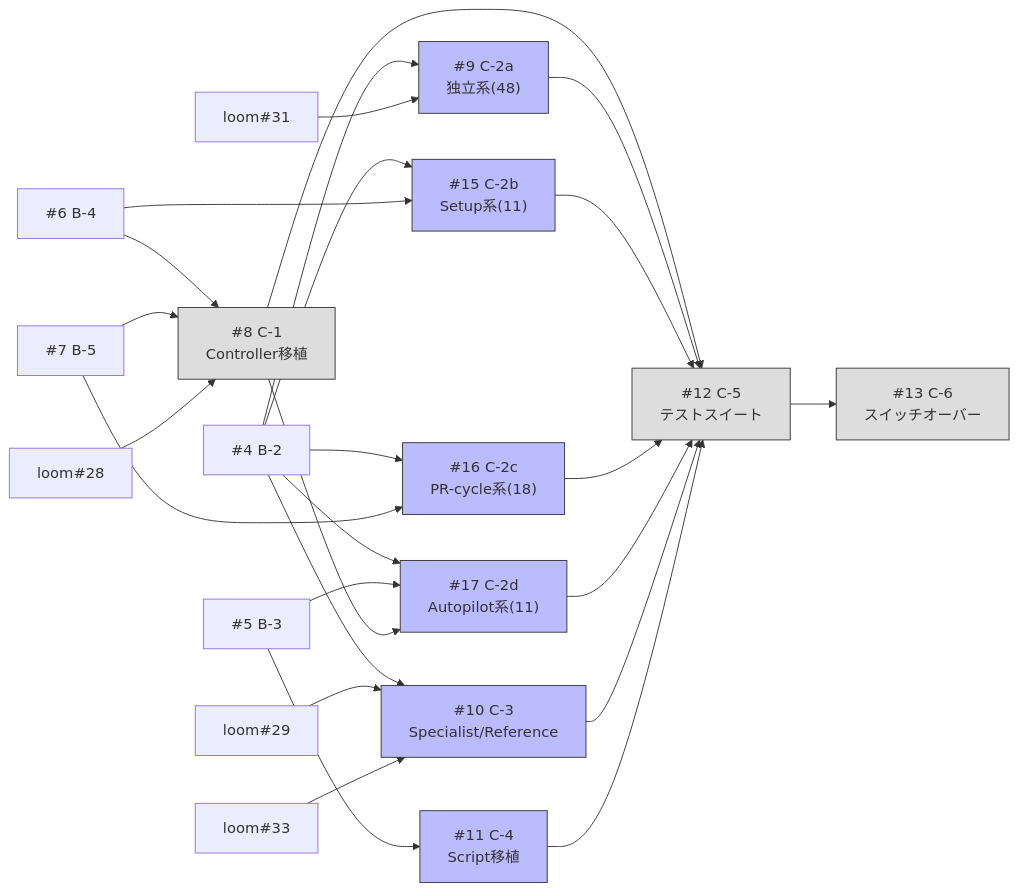
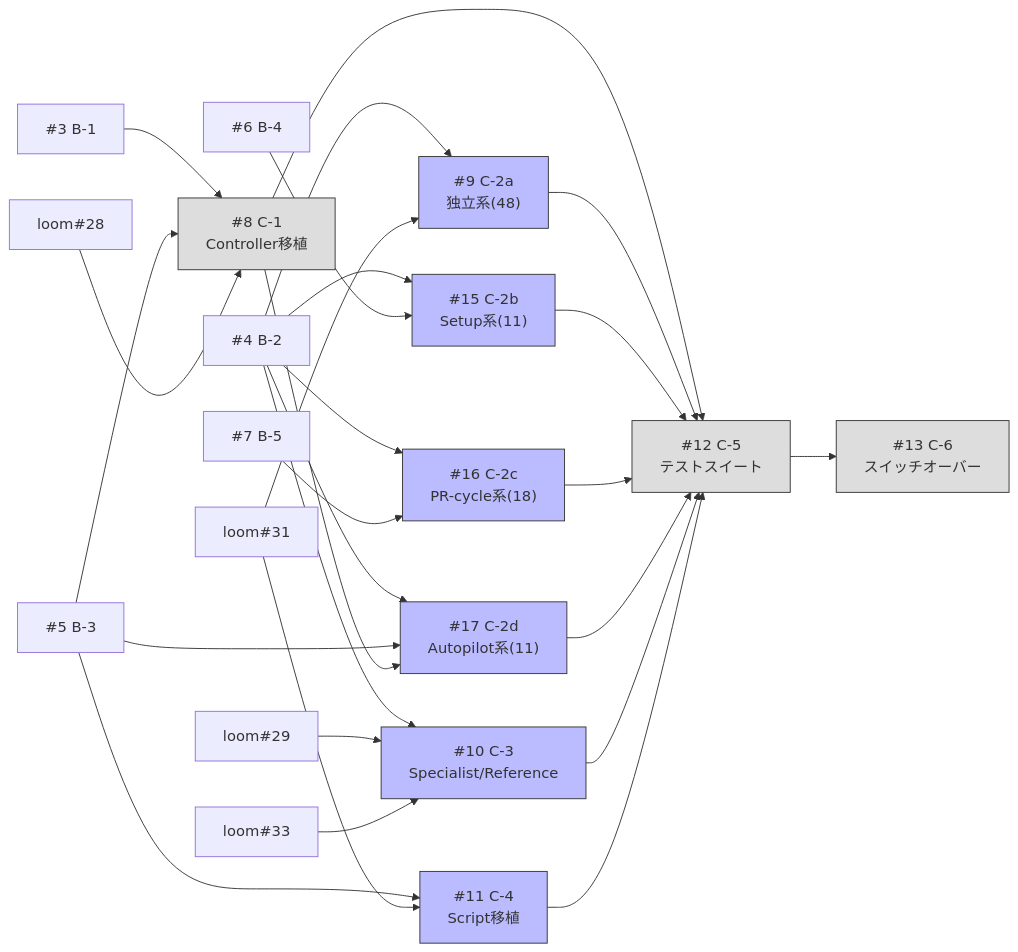
One commit to shuu5/twill changed the diagram in plugins/dev/architecture/phases/02.md. Above: the diagram before and after it, drawn with Mermaid. The commit also changed other lines of this file and 4 other files, not shown here.

First line of the commit message:
fix: 最終レビュー指摘のarchitecture不整合修正

````diff
--- a/plugins/dev/architecture/phases/02.md
+++ b/plugins/dev/architecture/phases/02.md
@@ -25,37 +25,38 @@
 ```mermaid
 graph LR
     B2["#4 B-2"] --> C2a["#9 C-2a<br/>独立系(48)"]
     loom31["loom#31"] --> C2a
     B2 --> C2b["#15 C-2b<br/>Setup系(11)"]
     B4["#6 B-4"] --> C2b
     B2 --> C2c["#16 C-2c<br/>PR-cycle系(18)"]
     B5["#7 B-5"] --> C2c
     B2 --> C2d["#17 C-2d<br/>Autopilot系(11)"]
     B3["#5 B-3"] --> C2d
     C1 --> C2d
     B2 --> C3["#10 C-3<br/>Specialist/Reference"]
     loom29["loom#29"] --> C3
     loom33["loom#33"] --> C3
-    B4 --> C1["#8 C-1<br/>Controller移植"]
-    B5 --> C1
+    B1["#3 B-1"] --> C1["#8 C-1<br/>Controller移植"]
+    B3 --> C1
     loom28["loom#28"] --> C1
     B3 --> C4["#11 C-4<br/>Script移植"]
+    loom31 --> C4
     C1 --> C5["#12 C-5<br/>テストスイート"]
     C2a --> C5
     C2b --> C5
     C2c --> C5
     C2d --> C5
     C3 --> C5
     C4 --> C5
     C5 --> C6["#13 C-6<br/>スイッチオーバー"]
 
     style C1 fill:#ddd,stroke:#333
     style C2a fill:#bbf,stroke:#333
     style C2b fill:#bbf,stroke:#333
     style C2c fill:#bbf,stroke:#333
     style C2d fill:#bbf,stroke:#333
     style C3 fill:#bbf,stroke:#333
     style C4 fill:#bbf,stroke:#333
     style C5 fill:#ddd,stroke:#333
     style C6 fill:#ddd,stroke:#333
 ```
````
